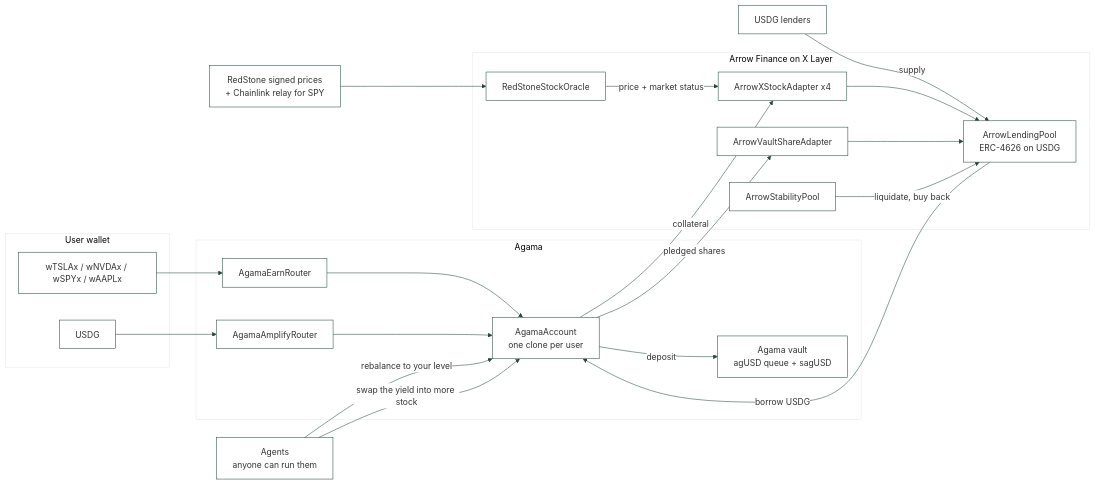
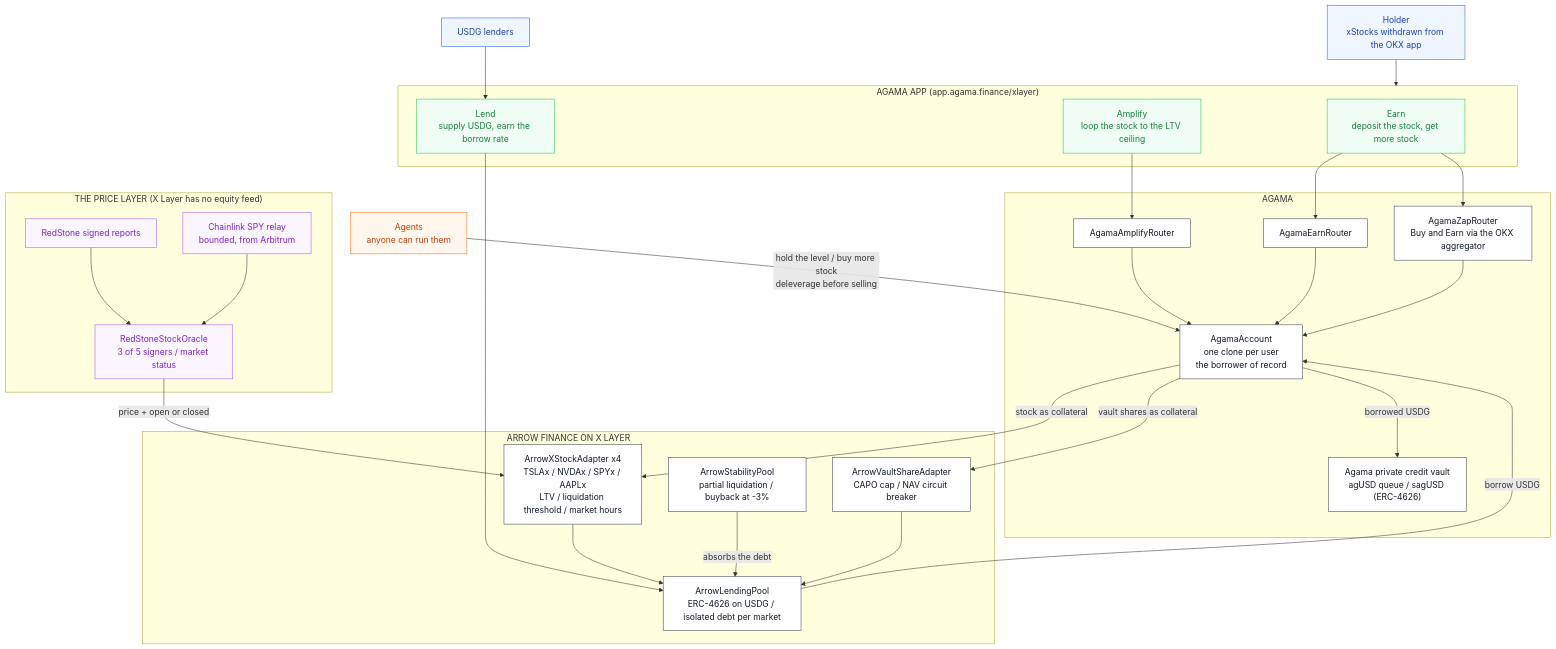
One commit to agamafinance/agama-xlayer changed the diagram in README.md. Above: the diagram before and after it, drawn with Mermaid. The commit also changed other lines of this file, not shown here.

First line of the commit message:
docs: a README you can read, and the detail one click away

````diff
--- a/README.md
+++ b/README.md
@@ -29,35 +20,66 @@
 ```mermaid
-%%{init: {'theme':'base','themeVariables':{'background':'#ffffff','primaryColor':'#ffffff','primaryBorderColor':'#254839','lineColor':'#254839','fontFamily':'Helvetica Neue'}}}%%
-flowchart LR
-    subgraph U[User wallet]
-      S[wTSLAx / wNVDAx / wSPYx / wAAPLx]
-      G[USDG]
+flowchart TB
+    USER["Holder<br/>xStocks withdrawn from the OKX app"]
+
+    subgraph app["AGAMA APP (app.agama.finance/xlayer)"]
+        EARN["Earn<br/>deposit the stock, get more stock"]
+        AMP["Amplify<br/>loop the stock to the LTV ceiling"]
+        LEND["Lend<br/>supply USDG, earn the borrow rate"]
     end
-    subgraph AG[Agama]
-      ER[AgamaEarnRouter]
-      AR[AgamaAmplifyRouter]
-      AC[AgamaAccount<br/>one clone per user]
-      V[Agama vault<br/>agUSD queue + sagUSD]
+
+    subgraph agama["AGAMA"]
+        ER["AgamaEarnRouter"]
+        AR["AgamaAmplifyRouter"]
+        ZR["AgamaZapRouter<br/>Buy and Earn via the OKX aggregator"]
+        AC["AgamaAccount<br/>one clone per user<br/>the borrower of record"]
+        VAULT["Agama private credit vault<br/>agUSD queue / sagUSD (ERC-4626)"]
     end
-    subgraph AF[Arrow Finance on X Layer]
-      P[ArrowLendingPool<br/>ERC-4626 on USDG]
-      XA[ArrowXStockAdapter x4]
-      VA[ArrowVaultShareAdapter]
-      SP[ArrowStabilityPool]
-      O[RedStoneStockOracle]
+
+    subgraph arrow["ARROW FINANCE ON X LAYER"]
+        POOL["ArrowLendingPool<br/>ERC-4626 on USDG / isolated debt per market"]
+        XA["ArrowXStockAdapter x4<br/>TSLAx / NVDAx / SPYx / AAPLx<br/>LTV / liquidation threshold / market hours"]
+        VA["ArrowVaultShareAdapter<br/>CAPO cap / NAV circuit breaker"]
+        SP["ArrowStabilityPool<br/>partial liquidation / buyback at -3%"]
     end
-    L[USDG lenders] -->|supply| P
-    S --> ER --> AC
-    G --> AR --> AC
-    AC -->|collateral| XA
-    AC -->|pledged shares| VA
-    XA --> P
-    VA --> P
-    P -->|borrow USDG| AC
-    AC -->|deposit| V
-    AGT[Agents<br/>anyone can run them] -->|rebalance to your level| AC
-    AGT -->|swap the yield into more stock| AC
-    O -->|price + market status| XA
-    CL[RedStone signed prices<br/>+ Chainlink relay for SPY] --> O
-    SP -->|liquidate, buy back| P
+
+    subgraph price["THE PRICE LAYER (X Layer has no equity feed)"]
+        ORACLE["RedStoneStockOracle<br/>3 of 5 signers / market status"]
+        RS["RedStone signed reports"]
+        CL["Chainlink SPY relay<br/>bounded, from Arbitrum"]
+    end
+
+    AGENTS["Agents<br/>anyone can run them"]
+    LENDERS["USDG lenders"]
+
+    USER --> app
+    EARN --> ER
+    AMP --> AR
+    EARN --> ZR
+    ER --> AC
+    AR --> AC
+    ZR --> AC
+    AC -->|"stock as collateral"| XA
+    AC -->|"vault shares as collateral"| VA
+    AC -->|"borrowed USDG"| VAULT
+    XA --> POOL
+    VA --> POOL
+    POOL -->|"borrow USDG"| AC
+    LENDERS --> LEND --> POOL
+    SP -->|"absorbs the debt"| POOL
+    AGENTS -->|"hold the level / buy more stock<br/>deleverage before selling"| AC
+    RS --> ORACLE
+    CL --> ORACLE
+    ORACLE -->|"price + open or closed"| XA
+
+    classDef actor fill:#eff6ff,stroke:#2563eb,color:#1e40af
+    classDef product fill:#f0fdf4,stroke:#22c55e,color:#15803d
+    classDef core fill:#ffffff,stroke:#374151,color:#111827
+    classDef oracle fill:#faf5ff,stroke:#a855f7,color:#7e22ce
+    classDef bot fill:#fff7ed,stroke:#f97316,color:#c2410c
+
+    class USER,LENDERS actor
+    class EARN,AMP,LEND product
+    class ER,AR,ZR,AC,VAULT,POOL,XA,VA,SP core
+    class ORACLE,RS,CL oracle
+    class AGENTS bot
 ```
````
